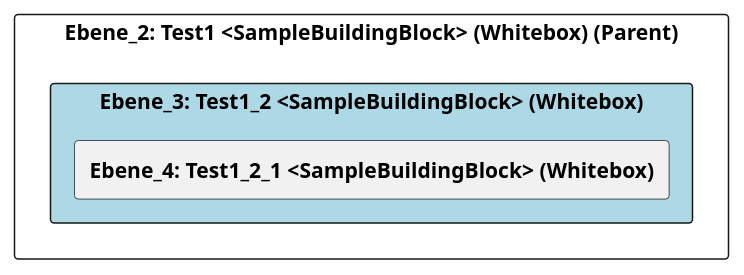
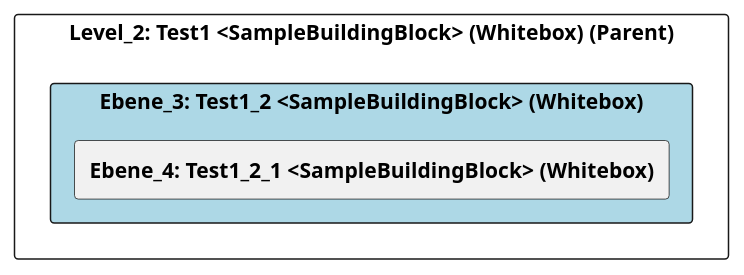
One commit to marcozwyssig/cleon changed the diagram in src/cleon.architecturemethods.arc42.sample/doc/cleon_architecturemethods_arc42_sample_arc42/adoc/de/05_bausteinsicht/chess/test1/test1_2/ebene_3_test1_2.adoc. Above: the diagram before and after it, drawn with PlantUML. The commit also changed other lines of this file and 169 other files, not shown here.

```diff
--- a/src/cleon.architecturemethods.arc42.sample/doc/cleon_architecturemethods_arc42_sample_arc42/adoc/de/05_bausteinsicht/chess/test1/test1_2/ebene_3_test1_2.adoc
+++ b/src/cleon.architecturemethods.arc42.sample/doc/cleon_architecturemethods_arc42_sample_arc42/adoc/de/05_bausteinsicht/chess/test1/test1_2/ebene_3_test1_2.adoc
@@ -20,26 +20,26 @@
 [plantuml, Ebene_3: Test1_2 <SampleBuildingBlock> (Whitebox)BlockOverview, format="svg"]
 ----
 @startuml Ebene_3: Test1_2 <SampleBuildingBlock> (Whitebox)BuildingBlockOverview
 
 skinparam ranksep 10
 skinparam componentStyle rectangle
 skinparam shadowing false
 skinparam arrowColor lightblue
 skinparam arrowThickness 1.2
 skinparam rectangle {
   BackgroundColor White
   BorderColor #333
   RoundCorner 10
 }
 top to bottom direction
 
-component "Ebene_2: Test1 <SampleBuildingBlock> (Whitebox) (Parent)" {
+component "Level_2: Test1 <SampleBuildingBlock> (Whitebox) (Parent)" {
     component "Ebene_3: Test1_2 <SampleBuildingBlock> (Whitebox)" #lightblue {
         [**Ebene_4: Test1_2_1 <SampleBuildingBlock> (Whitebox)**] as 4965EE24_D579_11EE_903E_9F564E4DE07E
     }
 
     
 }
 
 @enduml
 ----
```
